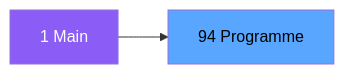
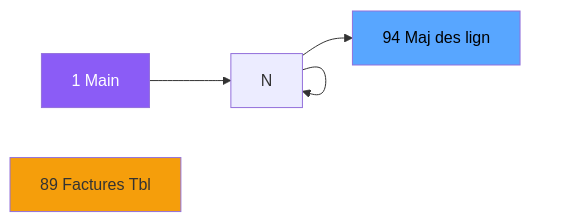
One commit to thonyAGP/magic-migration changed the second of 3 diagrams in .openspec/specs/ADH-IDE-94.md. Above: the diagram before and after it, drawn with Mermaid. The commit also changed other lines of this file and 323 other files, not shown here.

````diff
--- a/.openspec/specs/ADH-IDE-94.md
+++ b/.openspec/specs/ADH-IDE-94.md
@@ -101,8 +121,13 @@
 ```mermaid
 graph LR
     M[1 Main]
-    T[94 Programme]
-    M --> T
+    N89[89 Factures Tbl]
+    T[94 Maj des lign]
+    M --> N
+    N --> N
+    N --> N
+    N --> T
     style M fill:#8b5cf6,color:#fff
+    style N89 fill:#f59e0b
     style T fill:#58a6ff,color:#000
 ```
````
